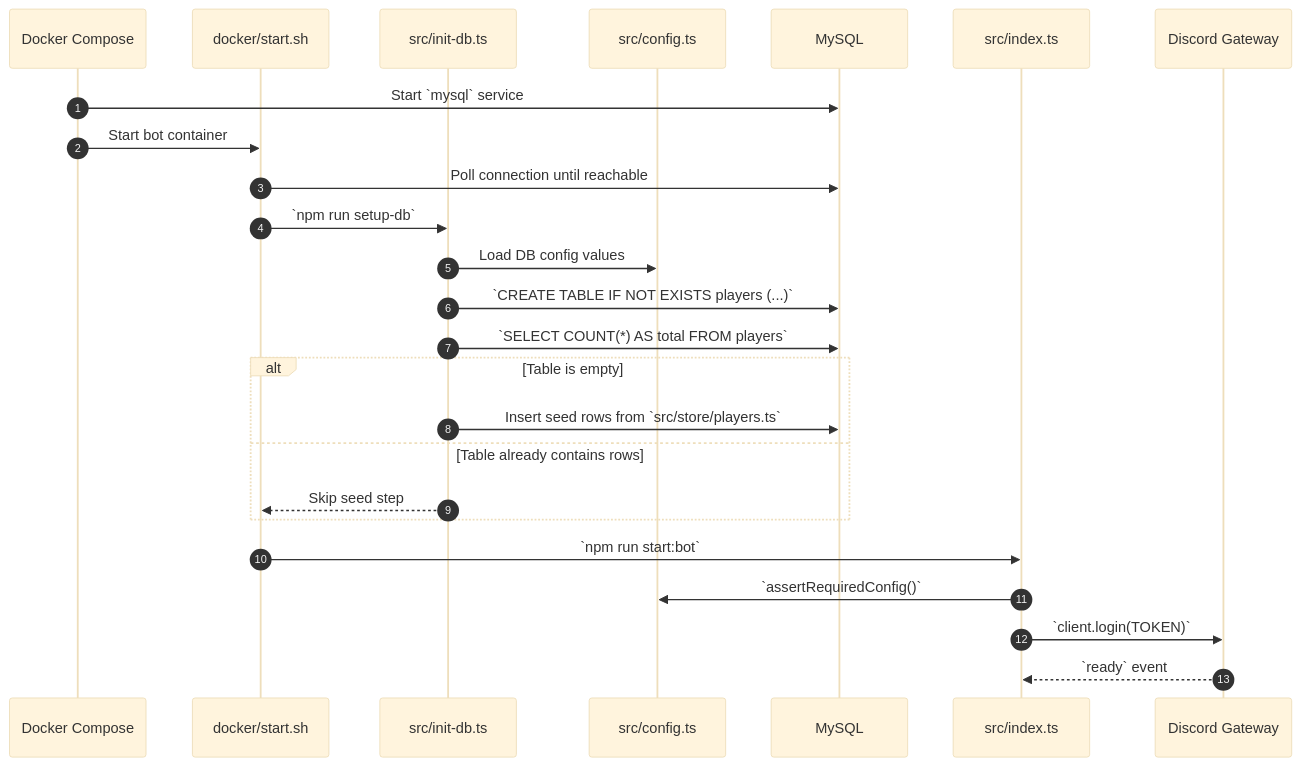
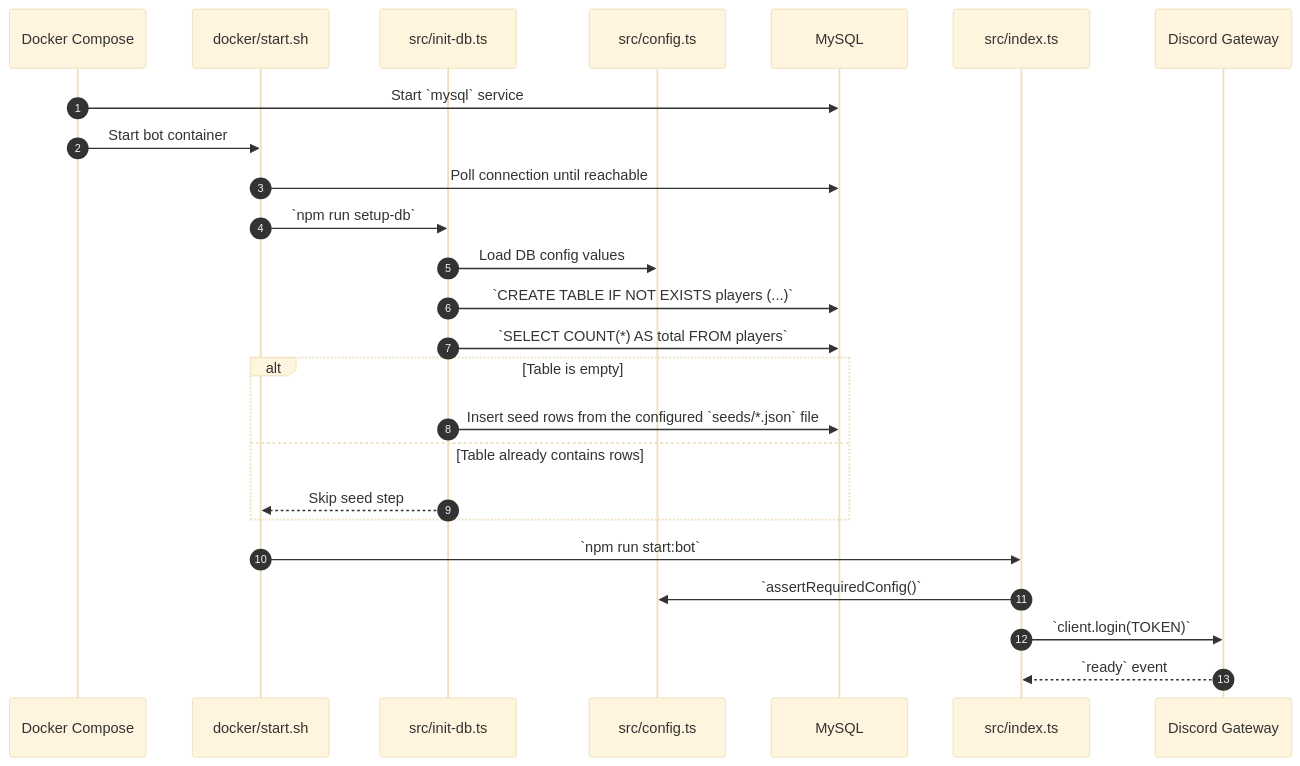
One commit to Ariel-Patino/discord-sort-players-dota changed the third of 7 diagrams in documents/ARCHITECTURE.md. Above: the diagram before and after it, drawn with Mermaid (base theme). The commit also changed other lines of this file and 45 other files, not shown here.

````diff
--- a/documents/ARCHITECTURE.md
+++ b/documents/ARCHITECTURE.md
@@ -185,28 +186,28 @@
 ```mermaid
 sequenceDiagram
     autonumber
     participant Compose as Docker Compose
     participant Start as docker/start.sh
     participant Init as src/init-db.ts
     participant Config as src/config.ts
     participant DB as MySQL
     participant App as src/index.ts
     participant Discord as Discord Gateway
 
     Compose->>DB: Start `mysql` service
     Compose->>Start: Start bot container
     Start->>DB: Poll connection until reachable
     Start->>Init: `npm run setup-db`
     Init->>Config: Load DB config values
     Init->>DB: `CREATE TABLE IF NOT EXISTS players (...)`
     Init->>DB: `SELECT COUNT(*) AS total FROM players`
     alt Table is empty
-        Init->>DB: Insert seed rows from `src/store/players.ts`
+        Init->>DB: Insert seed rows from the configured `seeds/*.json` file
     else Table already contains rows
         Init-->>Start: Skip seed step
     end
     Start->>App: `npm run start:bot`
     App->>Config: `assertRequiredConfig()`
     App->>Discord: `client.login(TOKEN)`
     Discord-->>App: `ready` event
 ```
````
